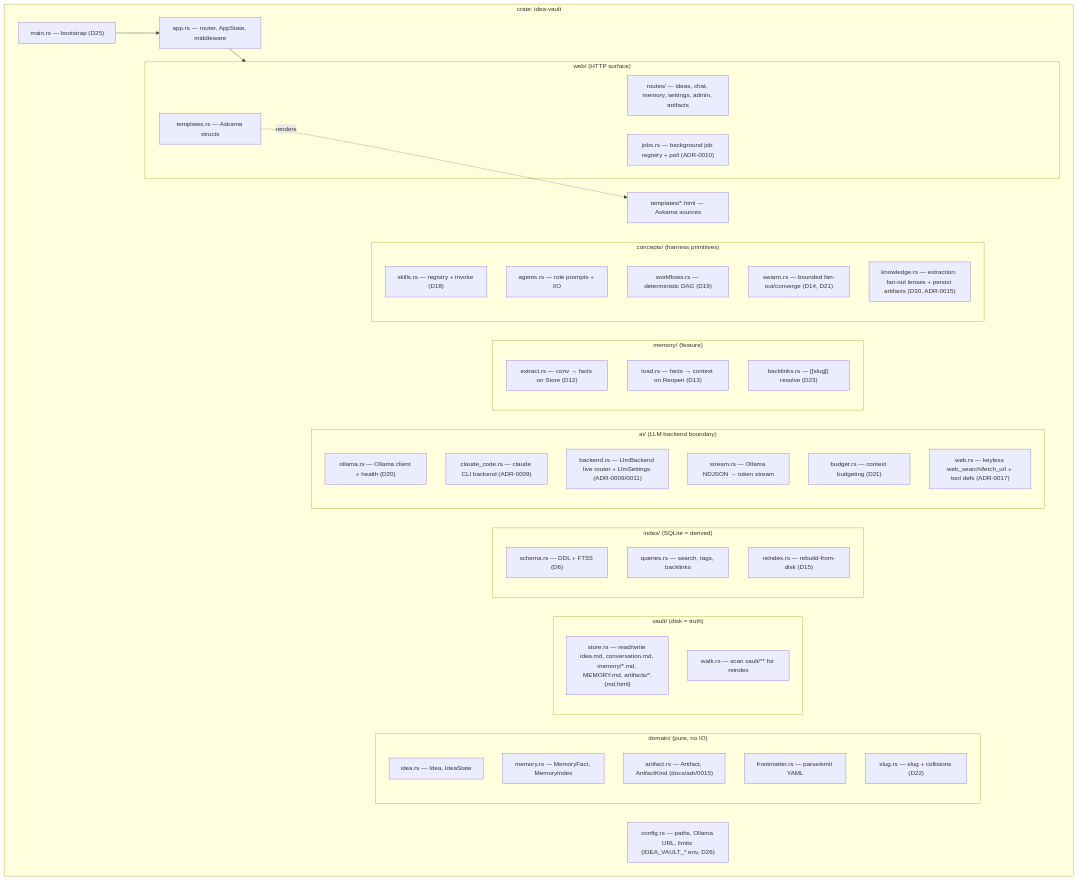
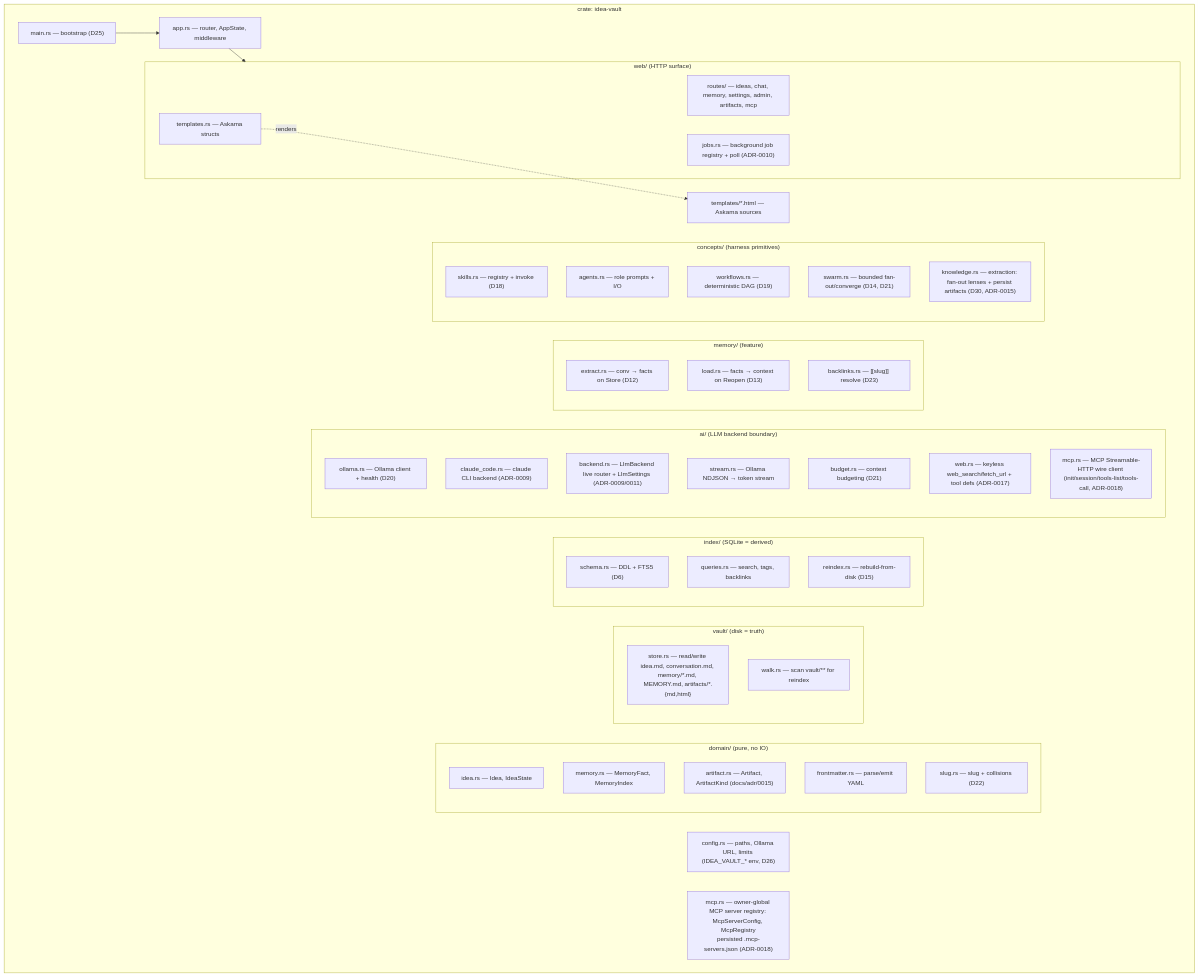
One commit to jasdian/idea-vault changed the first of 2 diagrams in docs/02-module-reference.md. Above: the diagram before and after it, drawn with Mermaid. The commit also changed other lines of this file and 37 other files, not shown here.

````diff
--- a/docs/02-module-reference.md
+++ b/docs/02-module-reference.md
@@ -13,61 +13,64 @@
 ```mermaid
 flowchart TB
     subgraph crate["crate: idea-vault"]
         MAIN["main.rs — bootstrap (D25)"]
         APP["app.rs — router, AppState, middleware"]
         CFG["config.rs — paths, Ollama URL, limits (IDEA_VAULT_* env, D26)"]
 
         subgraph domain["domain/ (pure, no IO)"]
             D_IDEA["idea.rs — Idea, IdeaState"]
             D_MEM["memory.rs — MemoryFact, MemoryIndex"]
             D_ART["artifact.rs — Artifact, ArtifactKind (docs/adr/0015)"]
             D_FM["frontmatter.rs — parse/emit YAML"]
             D_SLUG["slug.rs — slug + collisions (D22)"]
         end
 
         subgraph vault["vault/ (disk = truth)"]
             V_STORE["store.rs — read/write idea.md, conversation.md, memory/*.md, MEMORY.md, artifacts/*.{md,html}"]
             V_WALK["walk.rs — scan vault/** for reindex"]
         end
 
         subgraph index["index/ (SQLite = derived)"]
             I_SCHEMA["schema.rs — DDL + FTS5 (D6)"]
             I_QUERY["queries.rs — search, tags, backlinks"]
             I_REIDX["reindex.rs — rebuild-from-disk (D15)"]
         end
 
         subgraph ai["ai/ (LLM backend boundary)"]
             A_OLL["ollama.rs — Ollama client + health (D20)"]
             A_CC["claude_code.rs — claude CLI backend (ADR-0009)"]
             A_BK["backend.rs — LlmBackend live router + LlmSettings (ADR-0009/0011)"]
             A_STREAM["stream.rs — Ollama NDJSON → token stream"]
             A_BUDGET["budget.rs — context budgeting (D21)"]
             A_WEB["web.rs — keyless web_search/fetch_url + tool defs (ADR-0017)"]
+            A_MCP["mcp.rs — MCP Streamable-HTTP wire client (init/session/tools-list/tools-call, ADR-0018)"]
         end
+
+        MCP["mcp.rs — owner-global MCP server registry: McpServerConfig, McpRegistry\npersisted .mcp-servers.json (ADR-0018)"]
 
         subgraph memory["memory/ (feature)"]
             M_EXTRACT["extract.rs — conv → facts on Store (D12)"]
             M_LOAD["load.rs — facts → context on Reopen (D13)"]
             M_BACK["backlinks.rs — [[slug]] resolve (D23)"]
         end
 
         subgraph concepts["concepts/ (harness primitives)"]
             C_SKILL["skills.rs — registry + invoke (D18)"]
             C_AGENT["agents.rs — role prompts + I/O"]
             C_WF["workflows.rs — deterministic DAG (D19)"]
             C_SWARM["swarm.rs — bounded fan-out/converge (D14, D21)"]
             C_KNOW["knowledge.rs — extraction: fan-out lenses + persist artifacts (D30, ADR-0015)"]
         end
 
         subgraph web["web/ (HTTP surface)"]
-            W_ROUTES["routes/ — ideas, chat, memory, settings, admin, artifacts"]
+            W_ROUTES["routes/ — ideas, chat, memory, settings, admin, artifacts, mcp"]
             W_JOBS["jobs.rs — background job registry + poll (ADR-0010)"]
             W_TMPL["templates.rs — Askama structs"]
         end
 
         TEMPLATES["templates/*.html — Askama sources"]
     end
 
     MAIN --> APP --> web
     W_TMPL -.renders.-> TEMPLATES
 ```
````
